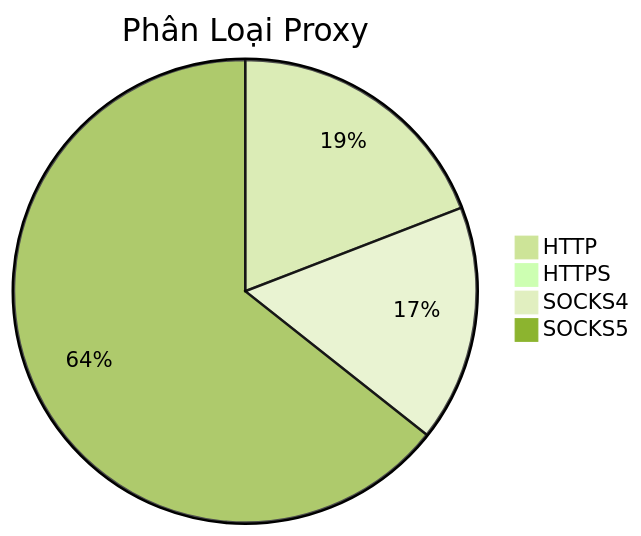
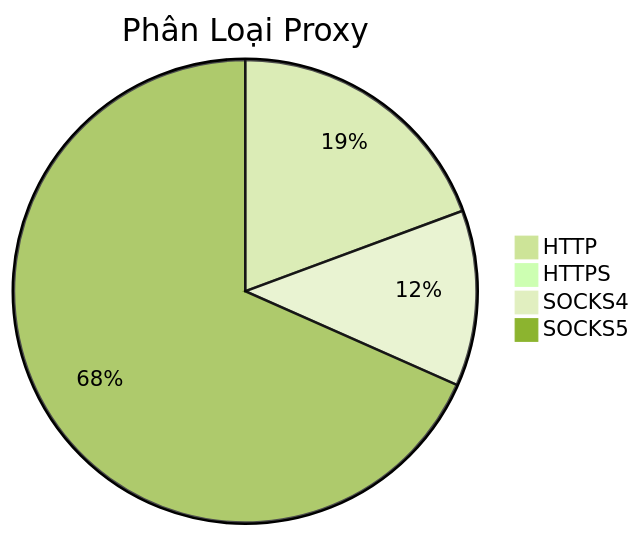
One commit to Ciara-12/PROXY-free changed the diagram in README.md. Above: the diagram before and after it, drawn with Mermaid (forest theme). The commit also changed other lines of this file and 3 other files, not shown here.

````diff
--- a/README.md
+++ b/README.md
@@ -26,7 +26,7 @@
 ```mermaid
 pie title Phân Loại Proxy
-    "HTTP" : 504
+    "HTTP" : 560
     "HTTPS" : 0
-    "SOCKS4" : 435
-    "SOCKS5" : 1695
+    "SOCKS4" : 355
+    "SOCKS5" : 1978
 ```
````
